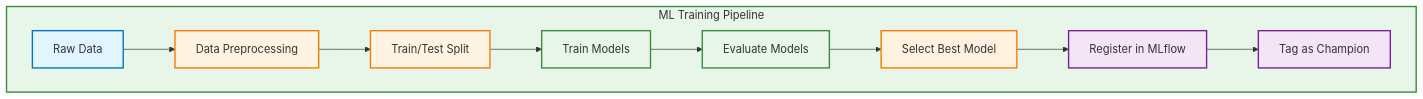
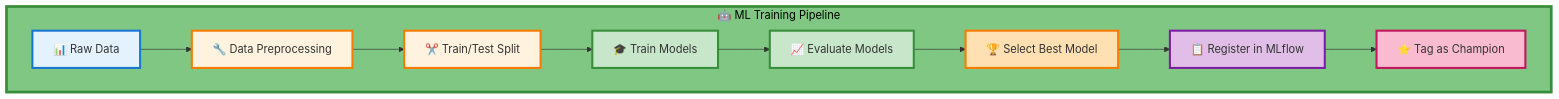
Before and after one commit to 2024aa05820/heart-disease-mlops: the seventh of 9 diagrams in README.md, drawn with Mermaid. The commit also changed other lines of this file, not shown here.

First line of the commit message:
Enhance Mermaid diagrams with vibrant colors and better visibility

````diff
--- a/README.md
+++ b/README.md
@@ -452,22 +474,22 @@
 ```mermaid
 graph TB
-    subgraph ML_TRAIN["ML Training Pipeline"]
-        A["Raw Data"] --> B["Data Preprocessing"]
-        B --> C["Train/Test Split"]
-        C --> D["Train Models"]
-        D --> E["Evaluate Models"]
-        E --> F["Select Best Model"]
-        F --> G["Register in MLflow"]
-        G --> H["Tag as Champion"]
+    subgraph ML_TRAIN["🤖 ML Training Pipeline"]
+        A["📊 Raw Data"] --> B["🔧 Data Preprocessing"]
+        B --> C["✂️ Train/Test Split"]
+        C --> D["🎓 Train Models"]
+        D --> E["📈 Evaluate Models"]
+        E --> F["🏆 Select Best Model"]
+        F --> G["📋 Register in MLflow"]
+        G --> H["⭐ Tag as Champion"]
     end
     
-    style ML_TRAIN fill:#e8f5e9,stroke:#388e3c,stroke-width:2px
-    style A fill:#e1f5ff,stroke:#0277bd,stroke-width:2px
-    style B fill:#fff4e1,stroke:#f57c00,stroke-width:2px
-    style C fill:#fff4e1,stroke:#f57c00,stroke-width:2px
-    style D fill:#e8f5e9,stroke:#388e3c,stroke-width:2px
-    style E fill:#e8f5e9,stroke:#388e3c,stroke-width:2px
-    style F fill:#fff3e0,stroke:#f57c00,stroke-width:2px
-    style G fill:#f3e5f5,stroke:#7b1fa2,stroke-width:2px
-    style H fill:#f3e5f5,stroke:#7b1fa2,stroke-width:2px
+    style ML_TRAIN fill:#81C784,stroke:#388E3C,stroke-width:4px,color:#000
+    style A fill:#E3F2FD,stroke:#1976D2,stroke-width:3px
+    style B fill:#FFF3E0,stroke:#F57C00,stroke-width:3px
+    style C fill:#FFF3E0,stroke:#F57C00,stroke-width:3px
+    style D fill:#C8E6C9,stroke:#388E3C,stroke-width:3px
+    style E fill:#C8E6C9,stroke:#388E3C,stroke-width:3px
+    style F fill:#FFE0B2,stroke:#F57C00,stroke-width:3px
+    style G fill:#E1BEE7,stroke:#7B1FA2,stroke-width:3px
+    style H fill:#F8BBD0,stroke:#C2185B,stroke-width:3px
 ```
````
